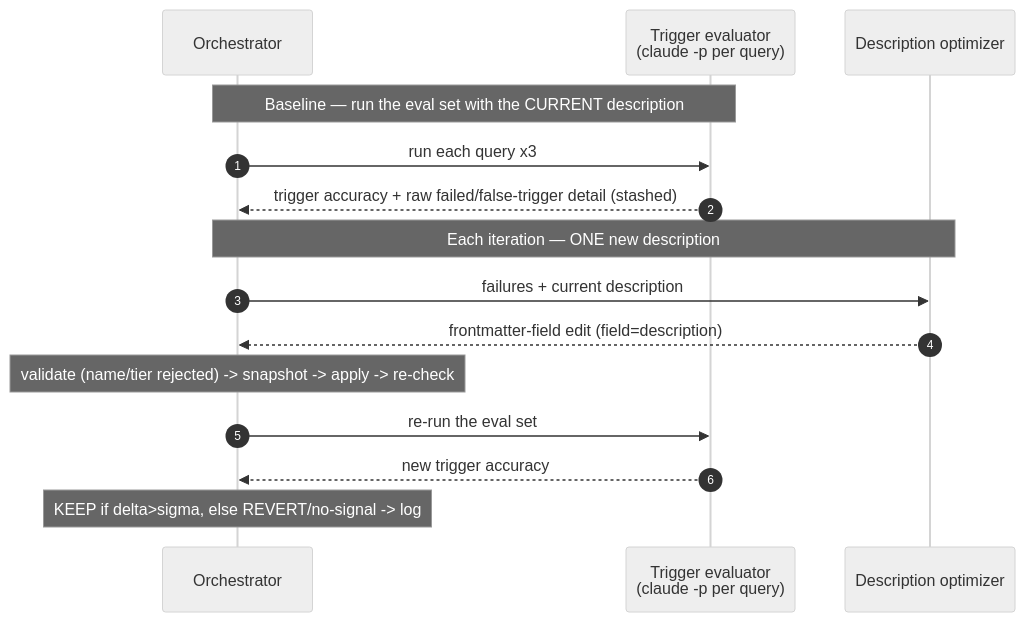
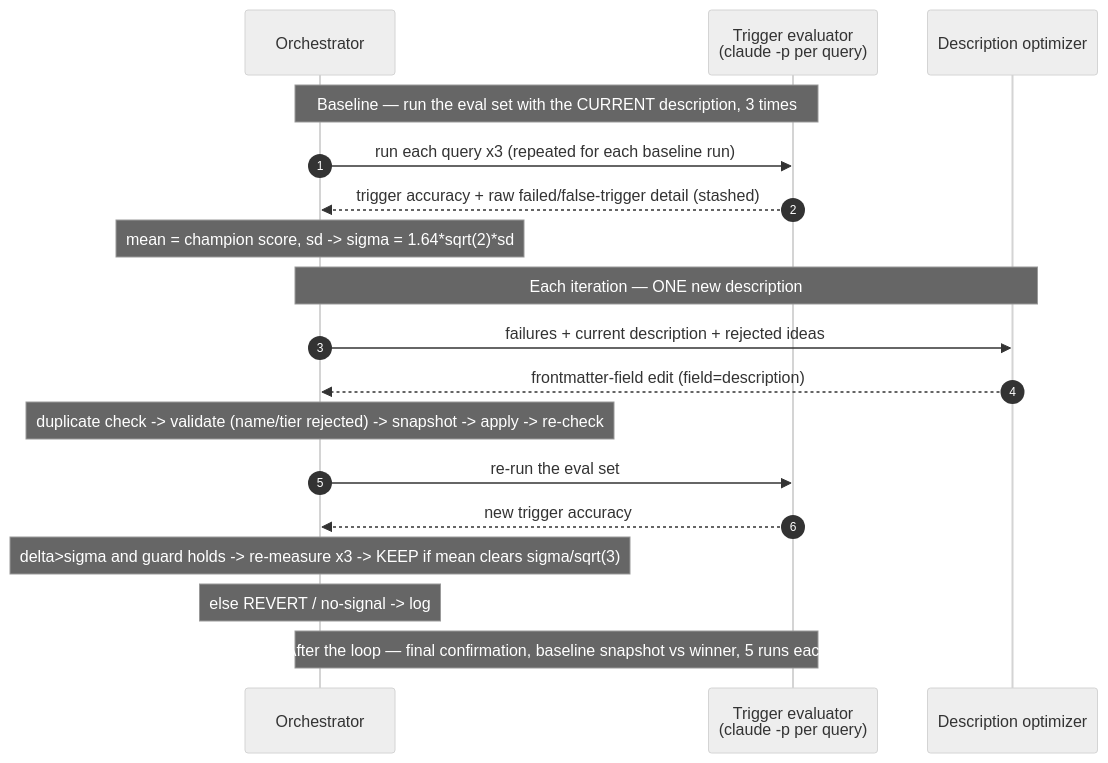
Before and after one commit to MatrixFounder/Universal-skills: the fifth of 12 diagrams in docs/Manuals/skill-auto-improve_manual.md, drawn with Mermaid (neutral theme). The commit also changed other lines of this file and 33 other files, not shown here.

````diff
--- a/docs/Manuals/skill-auto-improve_manual.md
+++ b/docs/Manuals/skill-auto-improve_manual.md
@@ -649,17 +760,20 @@
 ```mermaid
 sequenceDiagram
     autonumber
     participant O as Orchestrator
     participant E as Trigger evaluator<br/>(claude -p per query)
     participant P as Description optimizer
-    Note over O,E: Baseline — run the eval set with the CURRENT description
-    O->>E: run each query x3
+    Note over O,E: Baseline — run the eval set with the CURRENT description, 3 times
+    O->>E: run each query x3 (repeated for each baseline run)
     E-->>O: trigger accuracy + raw failed/false-trigger detail (stashed)
+    Note over O: mean = champion score, sd -> sigma = 1.64*sqrt(2)*sd
     Note over O,P: Each iteration — ONE new description
-    O->>P: failures + current description
+    O->>P: failures + current description + rejected ideas
     P-->>O: frontmatter-field edit (field=description)
-    Note over O: validate (name/tier rejected) -> snapshot -> apply -> re-check
+    Note over O: duplicate check -> validate (name/tier rejected) -> snapshot -> apply -> re-check
     O->>E: re-run the eval set
     E-->>O: new trigger accuracy
-    Note over O: KEEP if delta>sigma, else REVERT/no-signal -> log
+    Note over O: delta>sigma and guard holds -> re-measure x3 -> KEEP if mean clears sigma/sqrt(3)
+    Note over O: else REVERT / no-signal -> log
+    Note over O,E: After the loop — final confirmation, baseline snapshot vs winner, 5 runs each
 ```
````
